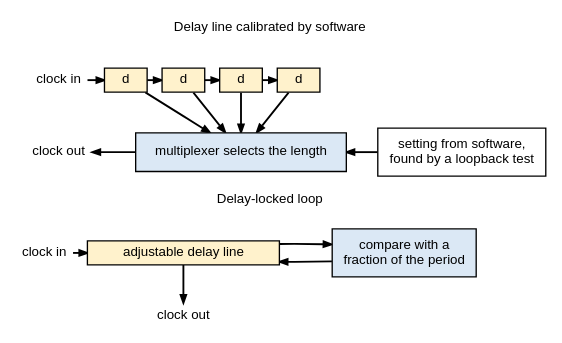
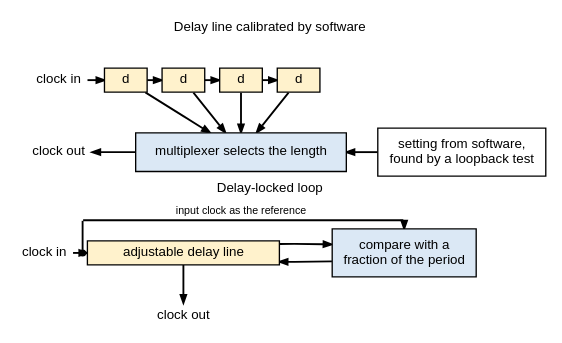
Before and after one commit to mithro/evampire: the diagram in docs/ethernet/rgmii/delay-options.dot, drawn with Graphviz. The commit also changed 8 other files, not shown here.

```diff
--- a/docs/ethernet/rgmii/delay-options.dot
+++ b/docs/ethernet/rgmii/delay-options.dot
@@ -1,49 +1,56 @@
 // Two ways evampire could add its own clock delay: a delay line whose
 // length a multiplexer selects, calibrated by software, and a
 // delay-locked loop that adjusts a delay line to a fraction of the clock
 // period.
 //
 // Fixed grid, positions in inches. Top: calibrated delay line. Bottom:
 // delay-locked loop.
 //
 // SPDX-License-Identifier: Apache-2.0
 
 digraph delay_options {
     graph [layout=neato, splines=false, outputorder=edgesfirst,
            fontname="Helvetica", fontsize=10];
     node  [fontname="Helvetica", fontsize=9, pin=true, shape=box,
            style=filled, fixedsize=true, height=0.4];
     edge  [penwidth=1.4, arrowsize=0.6];
 
     node [shape=plaintext, style="", width=3.6, height=0.25, fontsize=10];
     h1 [pos="2.5,2.85!", label="Delay line calibrated by software"];
-    h2 [pos="2.5,1.05!", label="Delay-locked loop"];
+    h2 [pos="2.5,1.17!", label="Delay-locked loop"];
 
     node [shape=box, style=filled, fillcolor="#fff2cc", width=0.45];
     d1 [pos="1.0,2.3!", label="d"]; d2 [pos="1.6,2.3!", label="d"];
     d3 [pos="2.2,2.3!", label="d"]; d4 [pos="2.8,2.3!", label="d"];
     mux [pos="2.2,1.55!", width=2.2, height=0.4, fillcolor="#dbe8f5",
          label="multiplexer selects the length"];
     sw [pos="4.5,1.55!", width=1.75, height=0.5, fillcolor="#ffffff",
         label="setting from software,\nfound by a loopback test"];
     in1 [pos="0.3,2.3!", shape=plaintext, style="", width=0.6,
          label="clock in"];
     out1 [pos="0.3,1.55!", shape=plaintext, style="", width=0.7,
           label="clock out"];
     in1 -> d1 -> d2 -> d3 -> d4;
     d1 -> mux; d2 -> mux; d3 -> mux; d4 -> mux;
     sw -> mux;
     mux -> out1;
 
     node [shape=box, style=filled, fillcolor="#fff2cc", width=2.0];
     line2 [pos="1.6,0.5!", label="adjustable delay line"];
     pd [pos="3.9,0.5!", width=1.5, height=0.5, fillcolor="#dbe8f5",
         label="compare with a\nfraction of the period"];
     in2 [pos="0.15,0.5!", shape=plaintext, style="", width=0.6,
          label="clock in"];
     out2 [pos="1.6,-0.15!", shape=plaintext, style="", width=0.7,
           label="clock out"];
     in2 -> line2 -> pd;
+    k1 [pos="0.55,0.5!", shape=point, width=0.06, height=0.06,
+        fillcolor="#000000"];
+    k2 [pos="0.55,0.84!", shape=point, width=0.01, height=0.01, style=invis];
+    k3 [pos="3.9,0.84!", shape=point, width=0.01, height=0.01, style=invis];
+    k1 -> k2 [dir=none]; k2 -> k3 [dir=none]; k3 -> pd;
+    lref [pos="2.2,0.93!", shape=plaintext, style="", width=1.6, height=0.2,
+          fontsize=8, label="input clock as the reference"];
     pd -> line2 [label="", constraint=false];
     line2 -> out2;
 }
```
